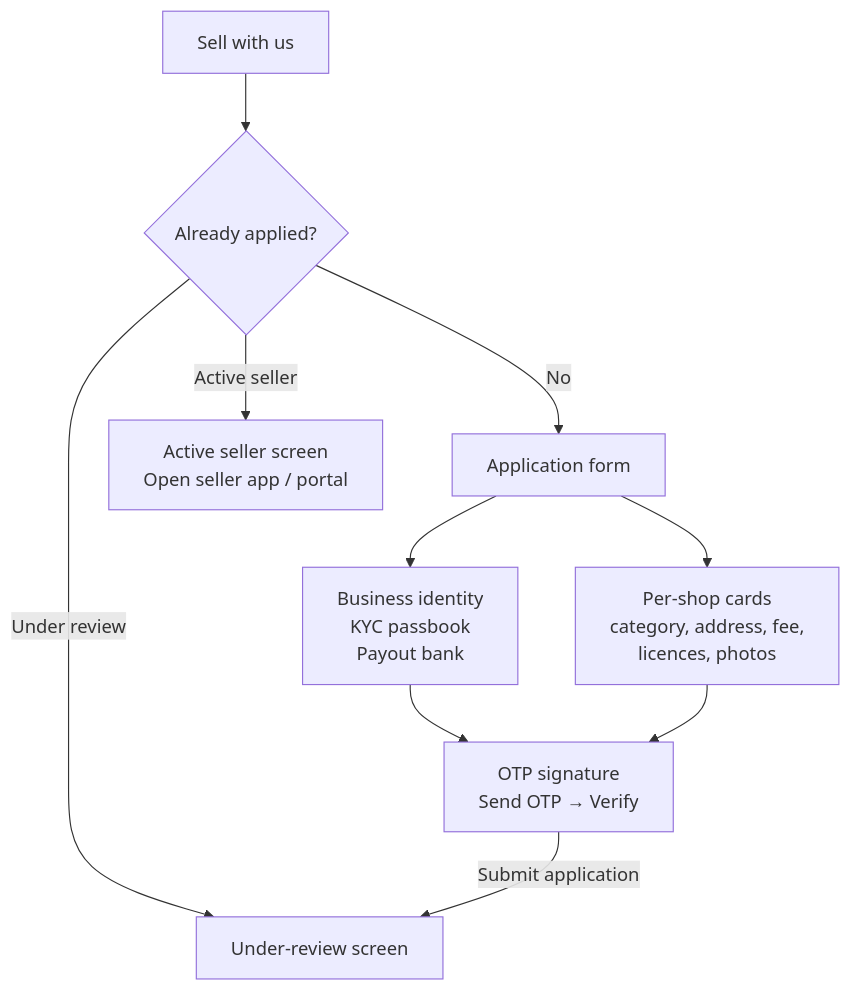
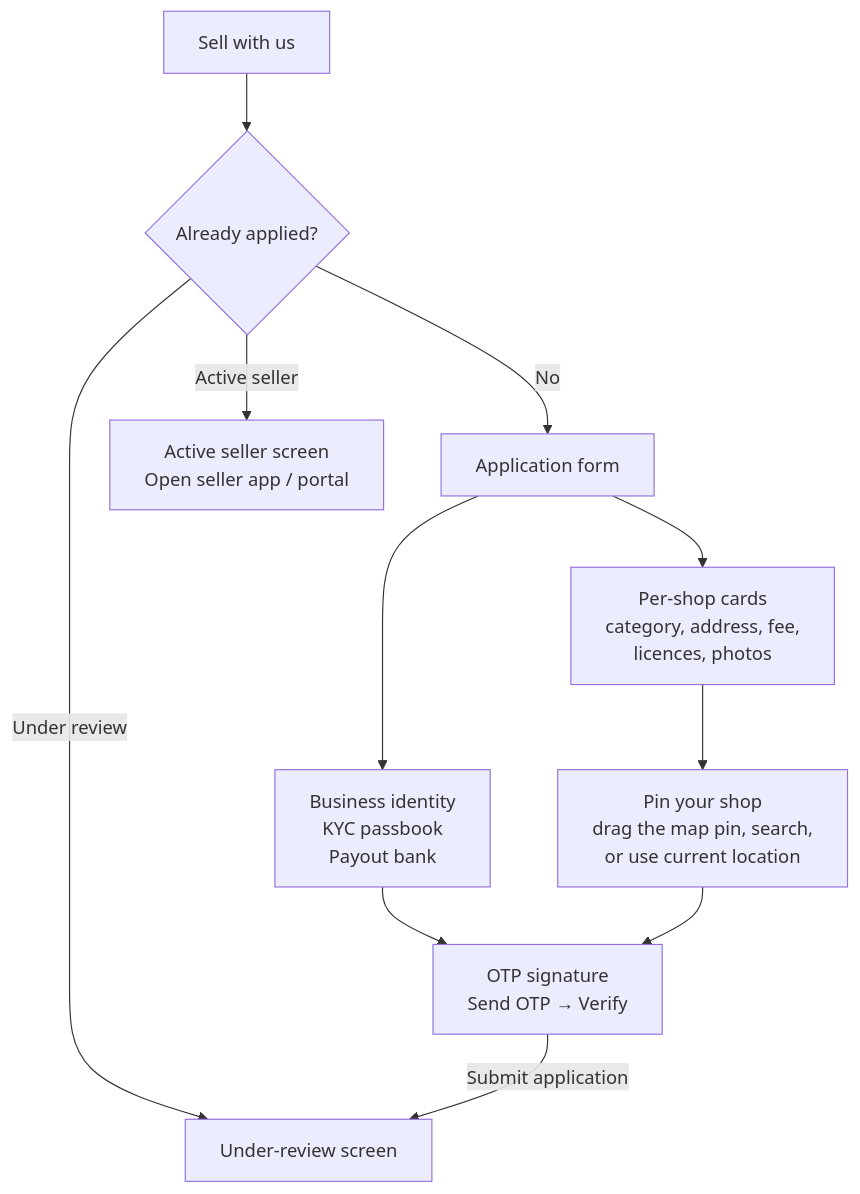
One commit to faazio-official/faazio-workspace changed diagram 14 of 24 in docs/FAAZIO_USER_FLOW_GUIDE.md. Above: the diagram before and after it, drawn with Mermaid. The commit also changed other lines of this file and 8 other files, not shown here.

````diff
--- a/docs/FAAZIO_USER_FLOW_GUIDE.md
+++ b/docs/FAAZIO_USER_FLOW_GUIDE.md
@@ -752,12 +752,13 @@
 ```mermaid
 flowchart TD
   START["Sell with us"] --> STATUS{"Already applied?"}
   STATUS -->|"No"| FORM["Application form"]
   STATUS -->|"Under review"| REVIEW["Under-review screen"]
   STATUS -->|"Active seller"| ACTIVE["Active seller screen<br/>Open seller app / portal"]
   FORM --> SECTIONS["Business identity<br/>KYC passbook<br/>Payout bank"]
   FORM --> SHOPS["Per-shop cards<br/>category, address, fee,<br/>licences, photos"]
+  SHOPS --> PIN["Pin your shop<br/>drag the map pin, search,<br/>or use current location"]
   SECTIONS --> SIGN["OTP signature<br/>Send OTP → Verify"]
-  SHOPS --> SIGN
+  PIN --> SIGN
   SIGN -->|"Submit application"| REVIEW
 ```
````
